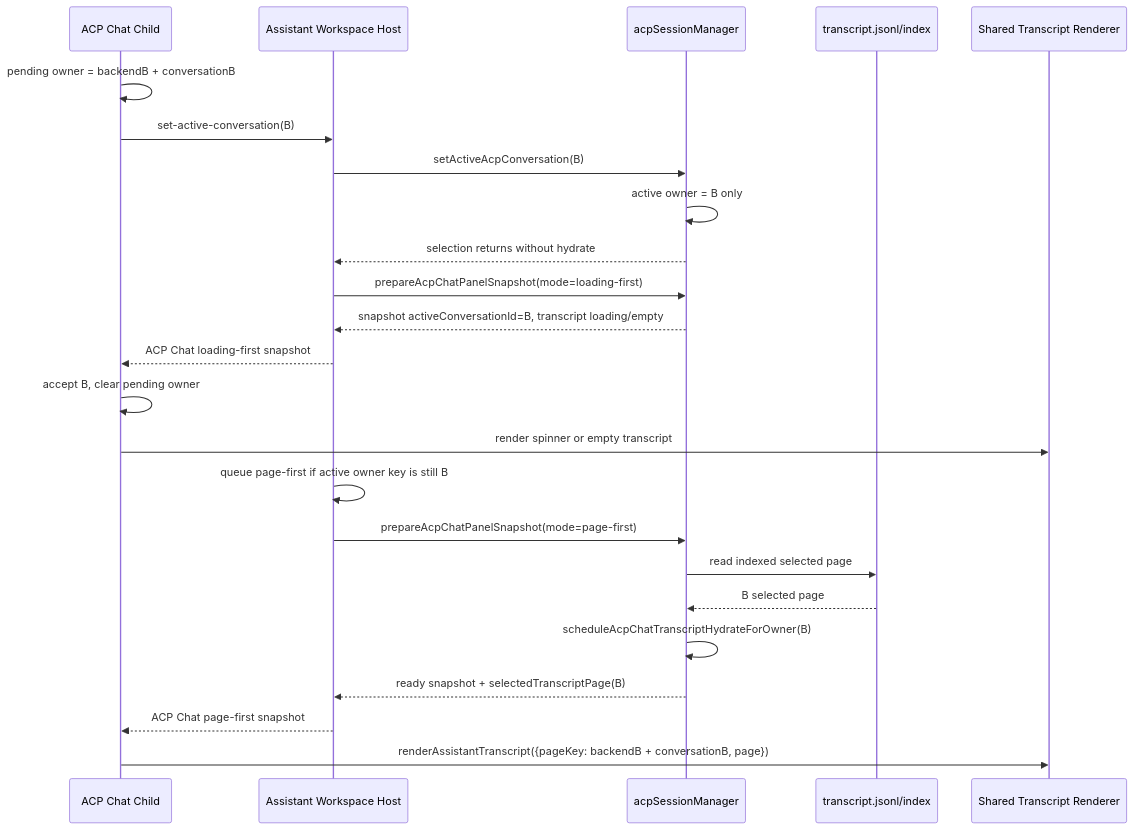
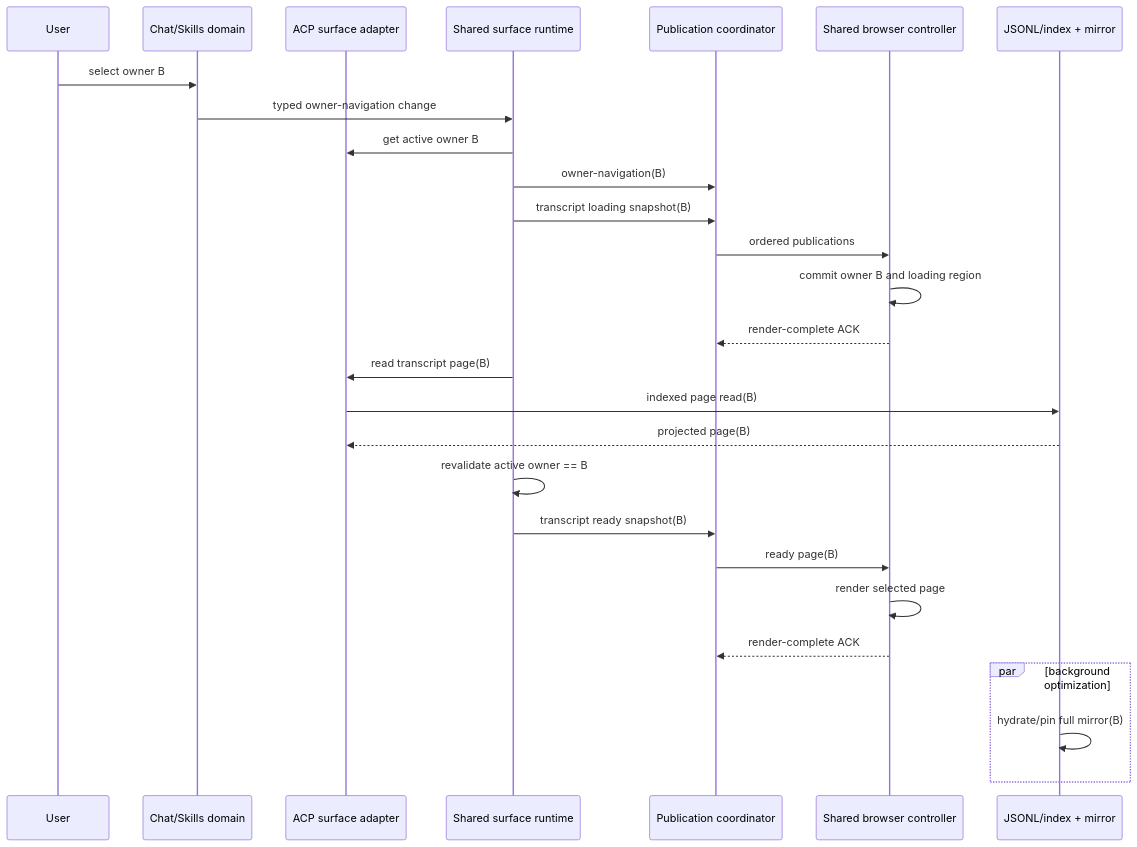
Before and after one commit to leike0813/zotero-agents: the first of 2 diagrams in doc/acp-skills-transcript-selection-hydration-sequence.md, drawn with Mermaid. The commit also changed other lines of this file and 62 other files, not shown here.

Commit message:
refactor(ACP): rebuild assistant workspace ACP surface

````diff
--- a/doc/acp-skills-transcript-selection-hydration-sequence.md
+++ b/doc/acp-skills-transcript-selection-hydration-sequence.md
@@ -129,27 +54,32 @@
 ```mermaid
 sequenceDiagram
-  participant Child as ACP Chat Child
-  participant Host as Assistant Workspace Host
-  participant Store as acpSessionManager
-  participant Disk as transcript.jsonl/index
-  participant Renderer as Shared Transcript Renderer
+  participant User
+  participant Domain as Chat/Skills domain
+  participant Adapter as ACP surface adapter
+  participant Host as Shared surface runtime
+  participant Coord as Publication coordinator
+  participant Child as Shared browser controller
+  participant Store as JSONL/index + mirror
 
-  Child->>Child: pending owner = backendB + conversationB
-  Child->>Host: set-active-conversation(B)
-  Host->>Store: setActiveAcpConversation(B)
-  Store->>Store: active owner = B only
-  Store-->>Host: selection returns without hydrate
-  Host->>Store: prepareAcpChatPanelSnapshot(mode=loading-first)
-  Store-->>Host: snapshot activeConversationId=B, transcript loading/empty
-  Host-->>Child: ACP Chat loading-first snapshot
-  Child->>Child: accept B, clear pending owner
-  Child->>Renderer: render spinner or empty transcript
-  Host->>Host: queue page-first if active owner key is still B
-  Host->>Store: prepareAcpChatPanelSnapshot(mode=page-first)
-  Store->>Disk: read indexed selected page
-  Disk-->>Store: B selected page
-  Store->>Store: scheduleAcpChatTranscriptHydrateForOwner(B)
-  Store-->>Host: ready snapshot + selectedTranscriptPage(B)
-  Host-->>Child: ACP Chat page-first snapshot
-  Child->>Renderer: renderAssistantTranscript({pageKey: backendB + conversationB, page})
+  User->>Domain: select owner B
+  Domain->>Host: typed owner-navigation change
+  Host->>Adapter: get active owner B
+  Host->>Coord: owner-navigation(B)
+  Host->>Coord: transcript loading snapshot(B)
+  Coord->>Child: ordered publications
+  Child->>Child: commit owner B and loading region
+  Child-->>Coord: render-complete ACK
+
+  Host->>Adapter: read transcript page(B)
+  Adapter->>Store: indexed page read(B)
+  Store-->>Adapter: projected page(B)
+  Host->>Host: revalidate active owner == B
+  Host->>Coord: transcript ready snapshot(B)
+  Coord->>Child: ready page(B)
+  Child->>Child: render selected page
+  Child-->>Coord: render-complete ACK
+
+  par background optimization
+    Store->>Store: hydrate/pin full mirror(B)
+  end
 ```
````
